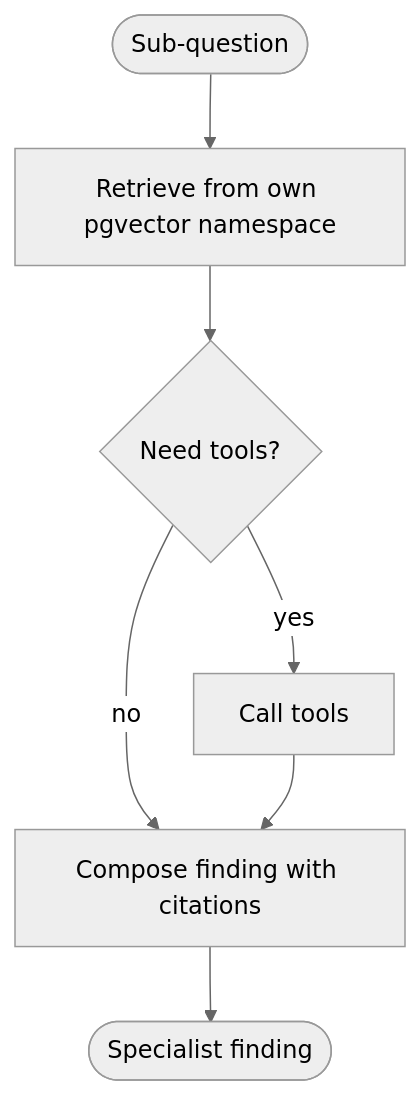
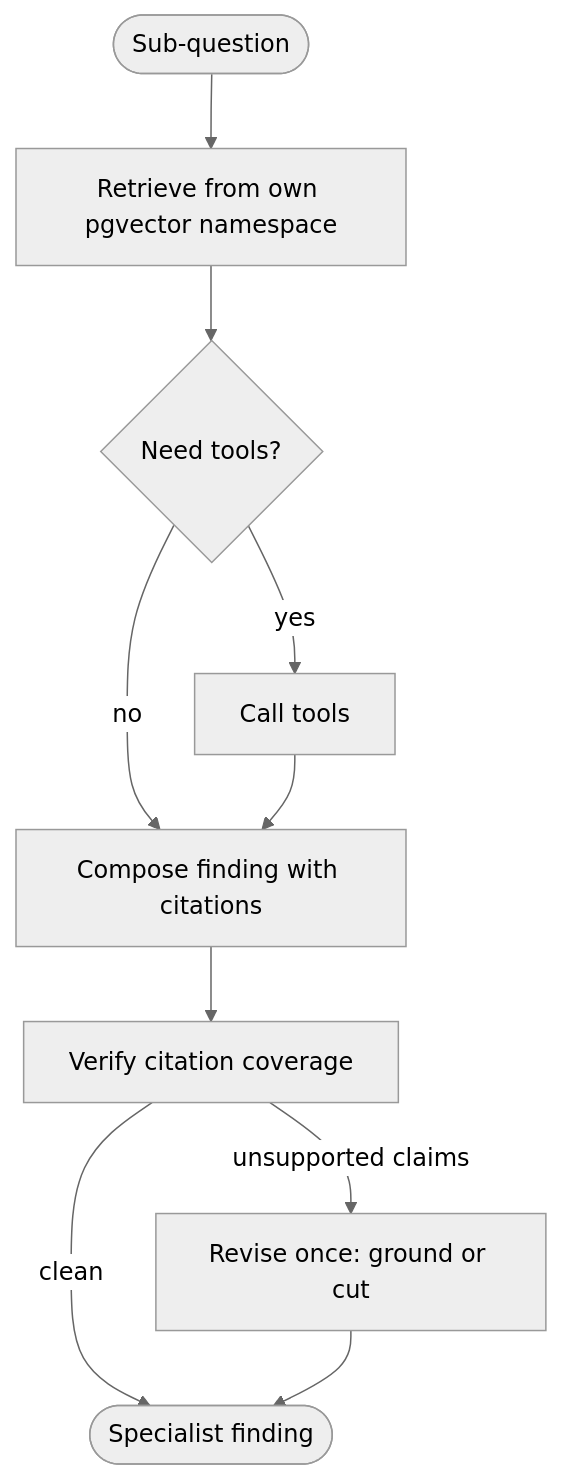
Before and after one commit to dapperAuteur/centenarian-coach-multiagent: the second of 2 diagrams in README.md, drawn with Mermaid (neutral theme). The commit also changed other lines of this file and 8 other files, not shown here.

````diff
--- a/README.md
+++ b/README.md
@@ -62,9 +62,12 @@
 ```mermaid
 graph TD
     IN([Sub-question]) --> RETRIEVE[Retrieve from own pgvector namespace]
     RETRIEVE --> TOOLS{Need tools?}
     TOOLS -->|yes| TOOLCALL[Call tools]
     TOOLS -->|no| ANSWER
     TOOLCALL --> ANSWER[Compose finding with citations]
-    ANSWER --> OUT([Specialist finding])
+    ANSWER --> VERIFY[Verify citation coverage]
+    VERIFY -->|unsupported claims| REVISE[Revise once: ground or cut]
+    VERIFY -->|clean| OUT
+    REVISE --> OUT([Specialist finding])
 ```
````
